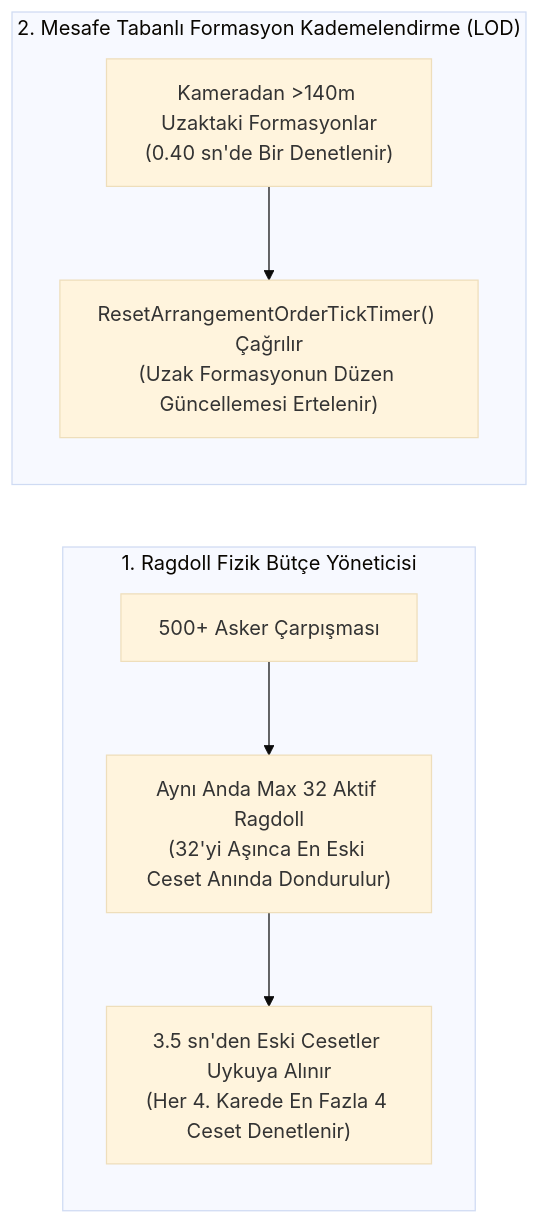
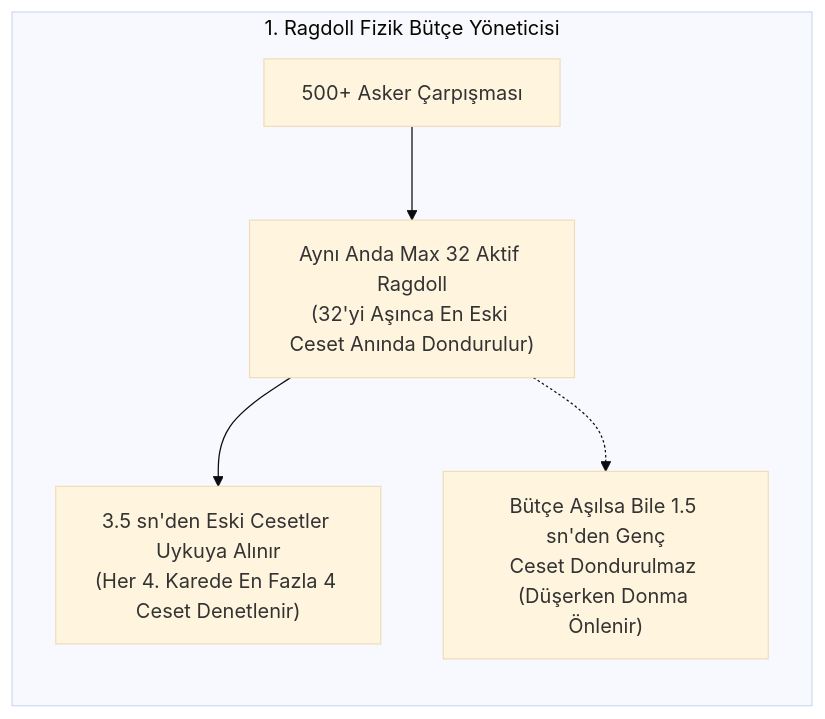
The third of 11 diagrams in graphify-out/graph.md (keremtrgl/OttomanJanissariesAndTurkicHeroes), drawn with Mermaid (base theme) before and after one commit. The commit also changed other lines of this file and 5 other files, not shown here.

````diff
--- a/graphify-out/graph.md
+++ b/graphify-out/graph.md
@@ -75,11 +76,9 @@
 ```mermaid
 graph LR
     subgraph "1. Ragdoll Fizik Bütçe Yöneticisi"
         R1["500+ Asker Çarpışması"] --> R2["Aynı Anda Max 32 Aktif Ragdoll<br/>(32'yi Aşınca En Eski Ceset Anında Dondurulur)"]
         R2 --> R3["3.5 sn'den Eski Cesetler Uykuya Alınır<br/>(Her 4. Karede En Fazla 4 Ceset Denetlenir)"]
+        R2 -.-> R4["Bütçe Aşılsa Bile 1.5 sn'den Genç<br/>Ceset Dondurulmaz (Düşerken Donma Önlenir)"]
     end
 
-    subgraph "2. Mesafe Tabanlı Formasyon Kademelendirme (LOD)"
-        L1["Kameradan >140m Uzaktaki Formasyonlar<br/>(0.40 sn'de Bir Denetlenir)"] --> L2["ResetArrangementOrderTickTimer() Çağrılır<br/>(Uzak Formasyonun Düzen Güncellemesi Ertelenir)"]
-    end
 ```
````
